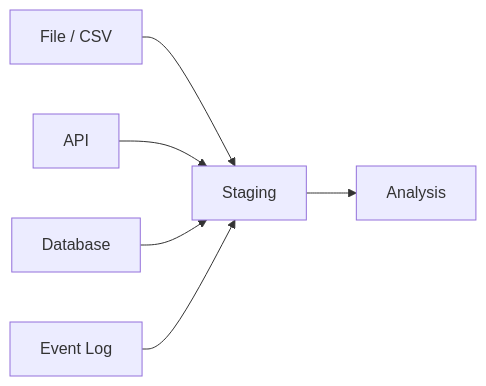
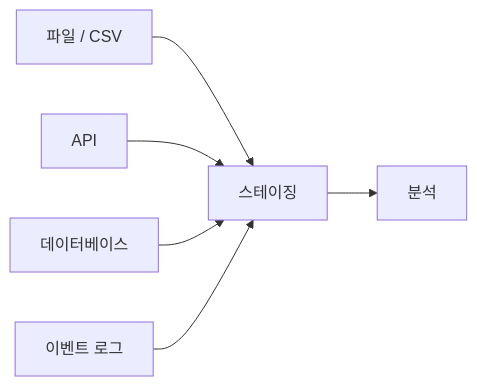
One commit to yeongseon-books/book-content changed the diagram in content/data-science-101/ko/03-data-collection.md. Above: the diagram before and after it, drawn with Mermaid. The commit also changed other lines of this file and 9 other files, not shown here.

````diff
--- a/content/data-science-101/ko/03-data-collection.md
+++ b/content/data-science-101/ko/03-data-collection.md
@@ -35,8 +47,8 @@
 ```mermaid
 flowchart LR
-    File["File / CSV"] --> Stage["Staging"]
+    File["파일 / CSV"] --> Stage["스테이징"]
     API["API"] --> Stage
-    DB["Database"] --> Stage
-    Log["Event Log"] --> Stage
-    Stage --> Analysis["Analysis"]
+    DB["데이터베이스"] --> Stage
+    Log["이벤트 로그"] --> Stage
+    Stage --> Analysis["분석"]
 ```
````
